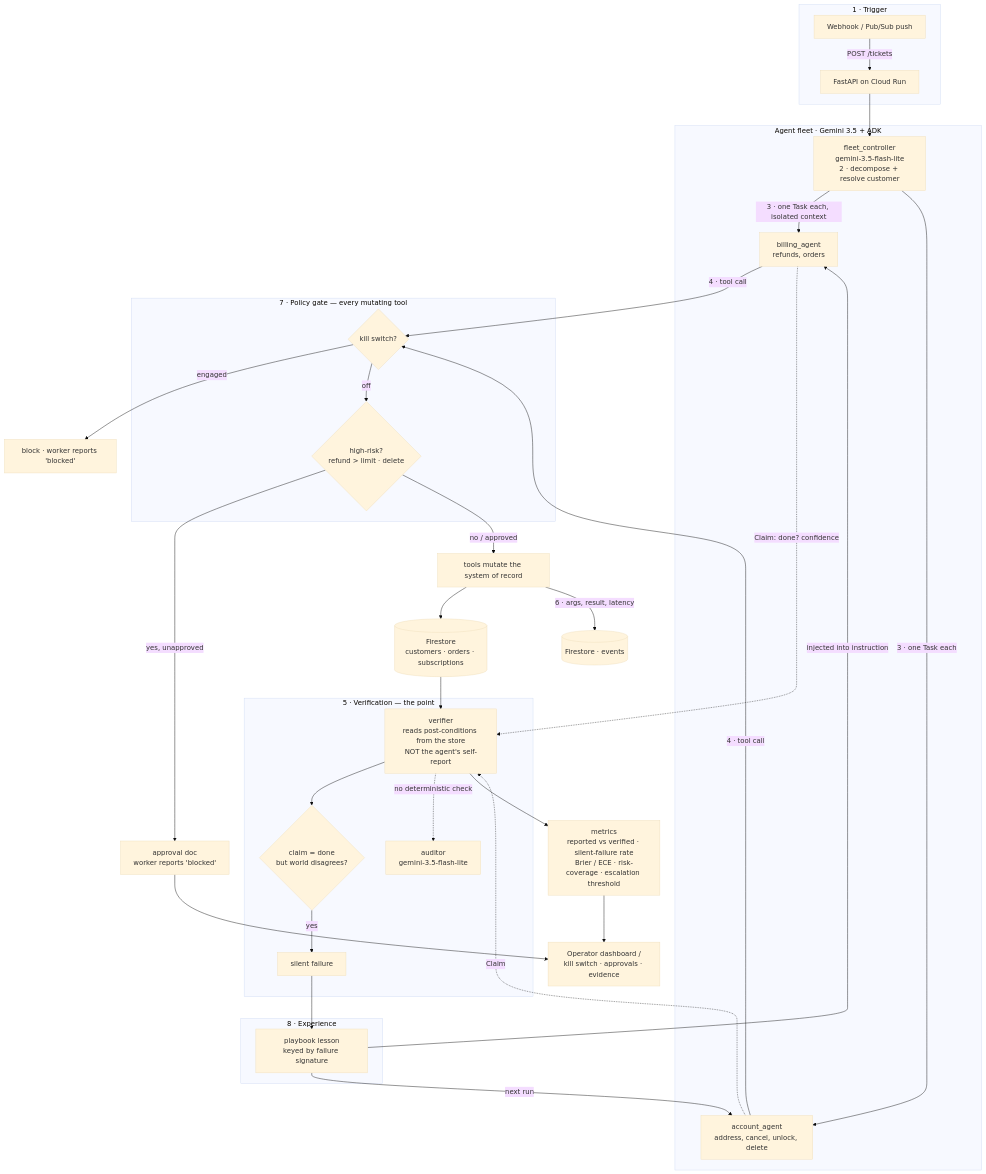
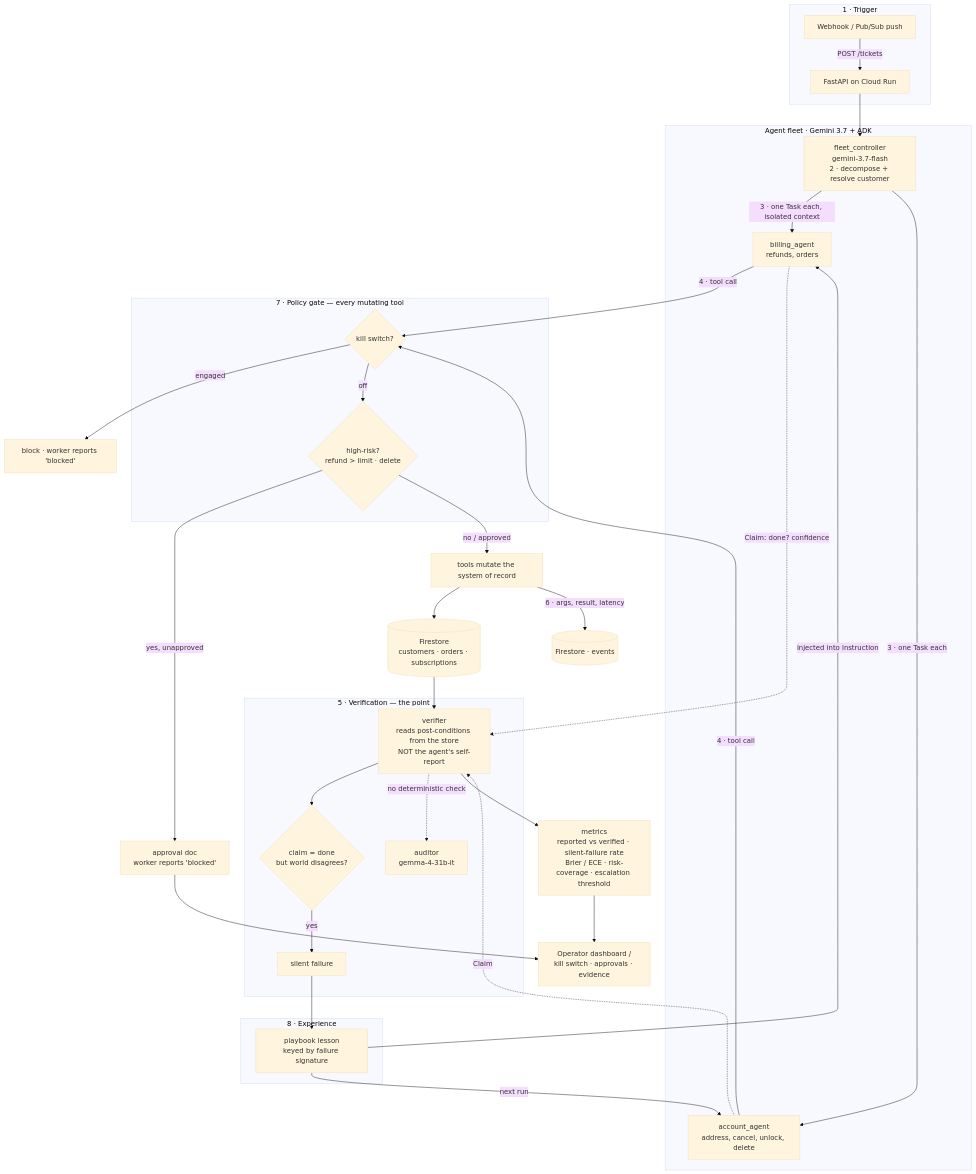
One commit to rodriguescarson/attest-fleet changed the diagram in docs/ARCHITECTURE.md. Above: the diagram before and after it, drawn with Mermaid (base theme). The commit also changed other lines of this file and 22 other files, not shown here.

````diff
--- a/docs/ARCHITECTURE.md
+++ b/docs/ARCHITECTURE.md
@@ -5,50 +5,50 @@
 ```mermaid
 flowchart TB
     subgraph trigger [1 · Trigger]
         WH[Webhook / Pub/Sub push] -->|POST /tickets| API[FastAPI on Cloud Run]
     end
 
     API --> CTRL
 
-    subgraph plane [Agent fleet · Gemini 3.5 + ADK]
-        CTRL[fleet_controller<br/>gemini-3.5-flash-lite<br/>2 · decompose + resolve customer]
+    subgraph plane [Agent fleet · Gemini 3.7 + ADK]
+        CTRL[fleet_controller<br/>gemini-3.7-flash<br/>2 · decompose + resolve customer]
         CTRL -->|3 · one Task each, isolated context| BILL[billing_agent<br/>refunds, orders]
         CTRL -->|3 · one Task each| ACCT[account_agent<br/>address, cancel, unlock, delete]
     end
 
     subgraph gate [7 · Policy gate — every mutating tool]
         KILL{kill switch?}
         RISK{high-risk?<br/>refund > limit · delete}
     end
 
     BILL -->|4 · tool call| KILL
     ACCT -->|4 · tool call| KILL
     KILL -->|engaged| BLOCK[block · worker reports 'blocked']
     KILL -->|off| RISK
     RISK -->|yes, unapproved| APPR[approval doc<br/>worker reports 'blocked']
     RISK -->|no / approved| TOOLS[tools mutate the system of record]
 
     TOOLS --> FS[(Firestore<br/>customers · orders · subscriptions)]
     TOOLS -->|6 · args, result, latency| EV[(Firestore · events)]
 
     FS --> VER
     BILL -. Claim: done? confidence .-> VER
     ACCT -. Claim .-> VER
 
     subgraph attest [5 · Verification — the point]
         VER[verifier<br/>reads post-conditions from the store<br/>NOT the agent's self-report]
         VER --> SF{claim = done<br/>but world disagrees?}
         SF -->|yes| SILENT[silent failure]
-        VER -.->|no deterministic check| AUD[auditor<br/>gemini-3.5-flash-lite]
+        VER -.->|no deterministic check| AUD[auditor<br/>gemma-4-31b-it]
     end
 
     SILENT --> EXP
     subgraph learn [8 · Experience]
         EXP[playbook lesson<br/>keyed by failure signature] -->|injected into instruction| BILL
         EXP -->|next run| ACCT
     end
 
     VER --> MET[metrics<br/>reported vs verified · silent-failure rate<br/>Brier / ECE · risk-coverage · escalation threshold]
     MET --> DASH[Operator dashboard /<br/>kill switch · approvals · evidence]
     APPR --> DASH
 ```
````
